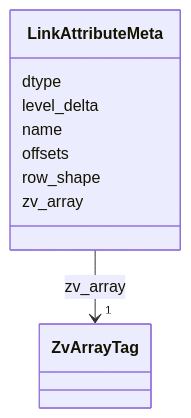
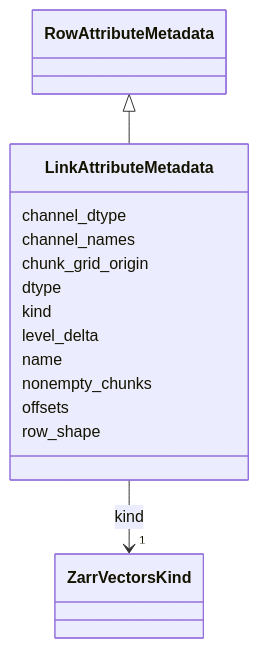
Before and after one commit to AllenInstitute/zarr-vectors-py: diagram 14 of 35 in schema/reference.md, drawn with Mermaid. The commit also changed other lines of this file and 14 other files, not shown here.

First line of the commit message:
Replace the LinkML schema with the convention's model from zarr_vectors

````diff
--- a/schema/reference.md
+++ b/schema/reference.md
@@ -3746,27 +4670,38 @@
 ```mermaid
  classDiagram
-    class LinkAttributeMeta
-    click LinkAttributeMeta href "../LinkAttributeMeta/"
-      LinkAttributeMeta : dtype
+    class LinkAttributeMetadata
+    click LinkAttributeMetadata href "../LinkAttributeMetadata/"
+      RowAttributeMetadata <|-- LinkAttributeMetadata
+        click RowAttributeMetadata href "../RowAttributeMetadata/"
+      
+      LinkAttributeMetadata : channel_dtype
         
-      LinkAttributeMeta : level_delta
+      LinkAttributeMetadata : channel_names
         
-      LinkAttributeMeta : name
+      LinkAttributeMetadata : chunk_grid_origin
         
-      LinkAttributeMeta : offsets
+      LinkAttributeMetadata : dtype
         
-      LinkAttributeMeta : row_shape
-        
-      LinkAttributeMeta : zv_array
+      LinkAttributeMetadata : kind
         
           
     
         
         
-        LinkAttributeMeta --> "1" ZvArrayTag : zv_array
-        click ZvArrayTag href "../ZvArrayTag/"
+        LinkAttributeMetadata --> "1" ZarrVectorsKind : kind
+        click ZarrVectorsKind href "../ZarrVectorsKind/"
     
 
         
+      LinkAttributeMetadata : level_delta
+        
+      LinkAttributeMetadata : name
+        
+      LinkAttributeMetadata : nonempty_chunks
+        
+      LinkAttributeMetadata : offsets
+        
+      LinkAttributeMetadata : row_shape
+        
       
 ```
````
